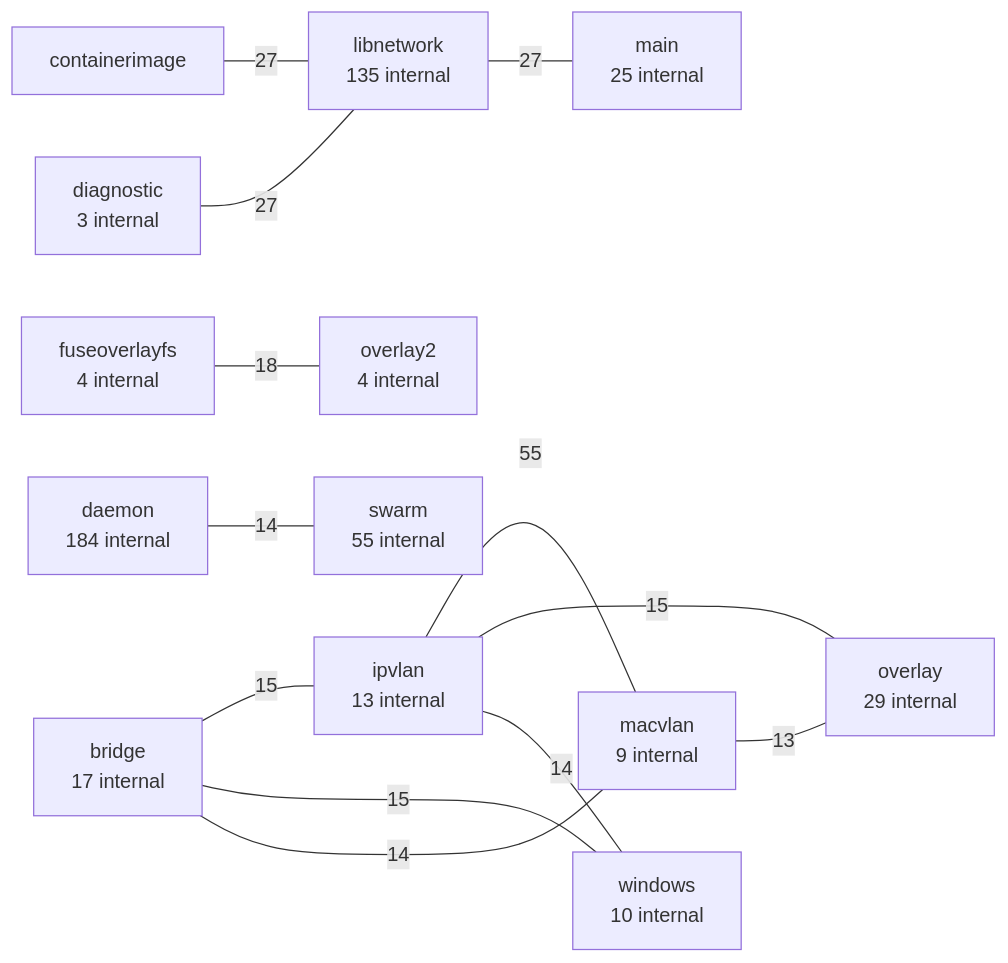
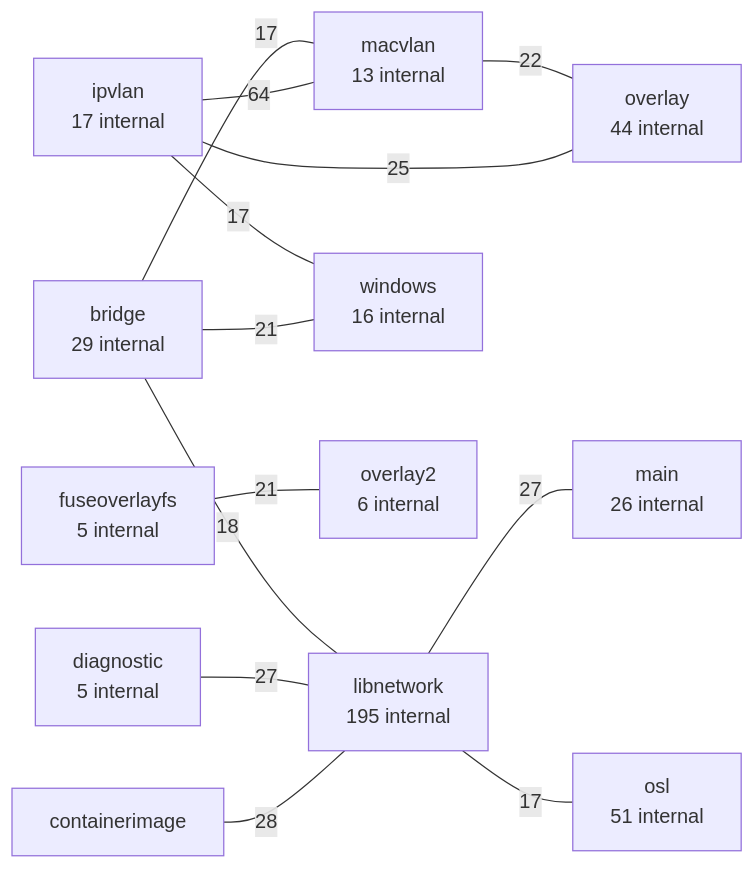
One commit to LukasSelin/doppel changed the second of 7 diagrams in examples/moby.md. Above: the diagram before and after it, drawn with Mermaid. The commit also changed other lines of this file and 6 other files, not shown here.

````diff
--- a/examples/moby.md
+++ b/examples/moby.md
@@ -124,28 +124,27 @@
 ```mermaid
 flowchart LR
-    p0["ipvlan<br/>13 internal"]
-    p1["macvlan<br/>9 internal"]
-    p0 ---|"55"| p1
+    p0["ipvlan<br/>17 internal"]
+    p1["macvlan<br/>13 internal"]
+    p0 ---|"64"| p1
     p2["containerimage"]
-    p3["libnetwork<br/>135 internal"]
-    p2 ---|"27"| p3
-    p4["diagnostic<br/>3 internal"]
+    p3["libnetwork<br/>195 internal"]
+    p2 ---|"28"| p3
+    p4["diagnostic<br/>5 internal"]
     p4 ---|"27"| p3
-    p5["main<br/>25 internal"]
+    p5["main<br/>26 internal"]
     p3 ---|"27"| p5
-    p6["fuseoverlayfs<br/>4 internal"]
-    p7["overlay2<br/>4 internal"]
-    p6 ---|"18"| p7
-    p8["bridge<br/>17 internal"]
-    p8 ---|"15"| p0
-    p9["windows<br/>10 internal"]
-    p8 ---|"15"| p9
-    p10["overlay<br/>29 internal"]
-    p0 ---|"15"| p10
-    p8 ---|"14"| p1
-    p11["daemon<br/>184 internal"]
-    p12["swarm<br/>55 internal"]
-    p11 ---|"14"| p12
-    p0 ---|"14"| p9
-    p1 ---|"13"| p10
+    p6["overlay<br/>44 internal"]
+    p0 ---|"25"| p6
+    p1 ---|"22"| p6
+    p7["bridge<br/>29 internal"]
+    p8["windows<br/>16 internal"]
+    p7 ---|"21"| p8
+    p9["fuseoverlayfs<br/>5 internal"]
+    p10["overlay2<br/>6 internal"]
+    p9 ---|"21"| p10
+    p7 ---|"18"| p3
+    p7 ---|"17"| p1
+    p0 ---|"17"| p8
+    p11["osl<br/>51 internal"]
+    p3 ---|"17"| p11
 ```
````
